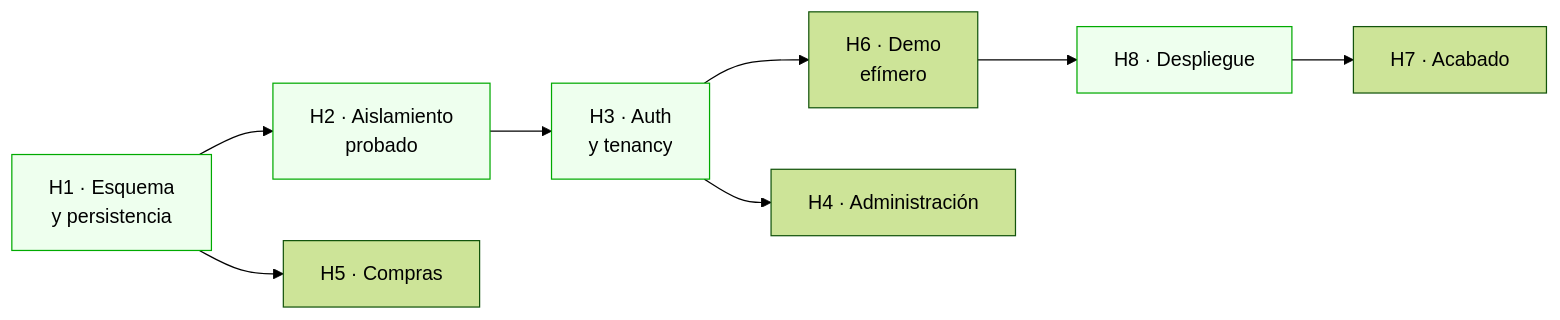
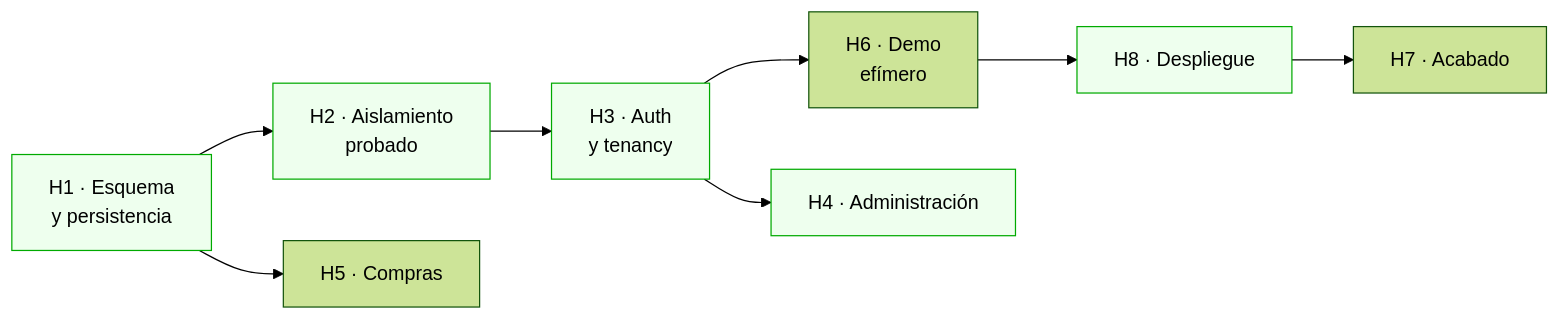
Before and after one commit to Jundev66/CoreBiz: the diagram in docs/ROADMAP.md, drawn with Mermaid (forest theme). The commit also changed other lines of this file and 53 other files, not shown here.

````diff
--- a/docs/ROADMAP.md
+++ b/docs/ROADMAP.md
@@ -53,15 +53,16 @@
 ```mermaid
 graph LR
   H1[H1 · Esquema<br/>y persistencia] --> H2[H2 · Aislamiento<br/>probado]
   H2 --> H3[H3 · Auth<br/>y tenancy]
   H3 --> H6[H6 · Demo<br/>efímero]
   H6 --> H8[H8 · Despliegue]
   H3 --> H4[H4 · Administración]
   H1 --> H5[H5 · Compras]
   H8 --> H7[H7 · Acabado]
 
   style H1 fill:#efe,stroke:#0a0
   style H2 fill:#efe,stroke:#0a0
   style H3 fill:#efe,stroke:#0a0
+  style H4 fill:#efe,stroke:#0a0
   style H8 fill:#efe,stroke:#0a0
 ```
````
